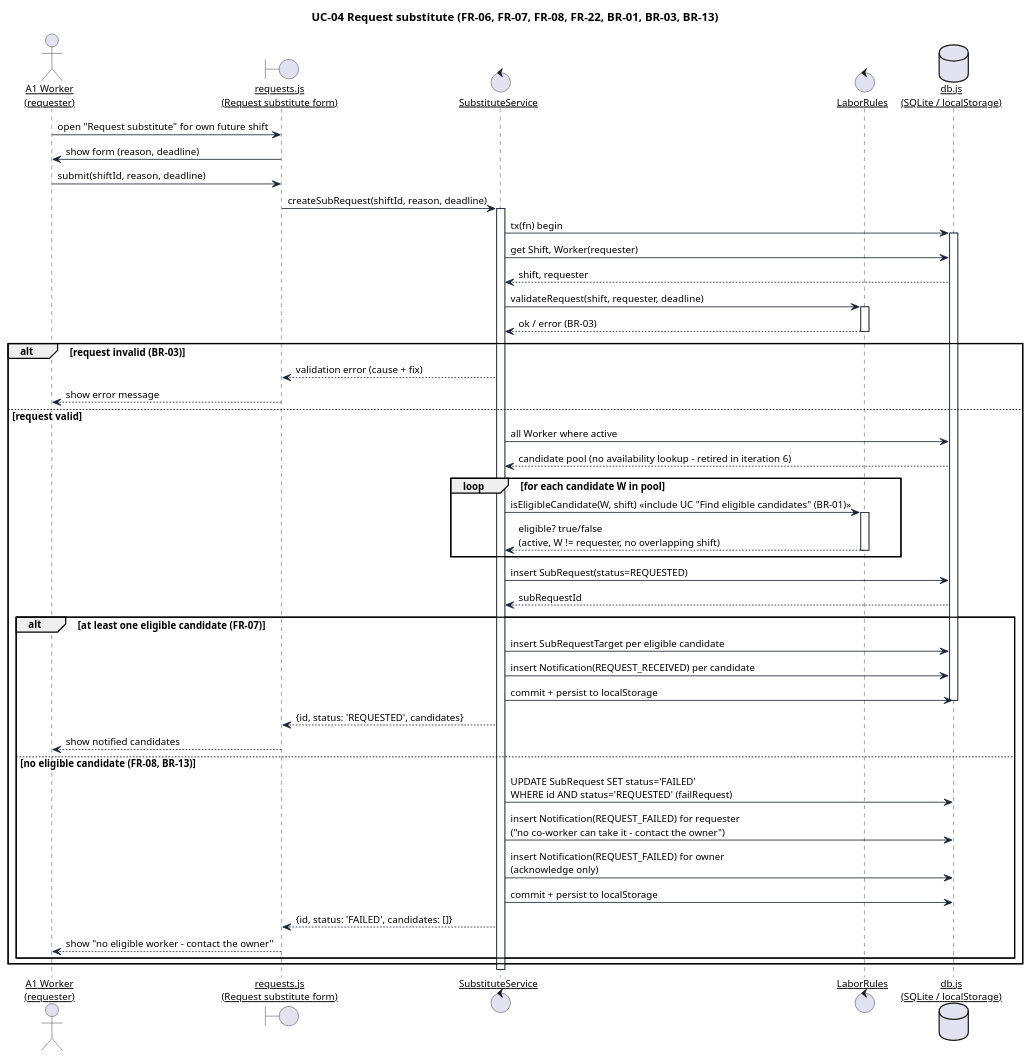
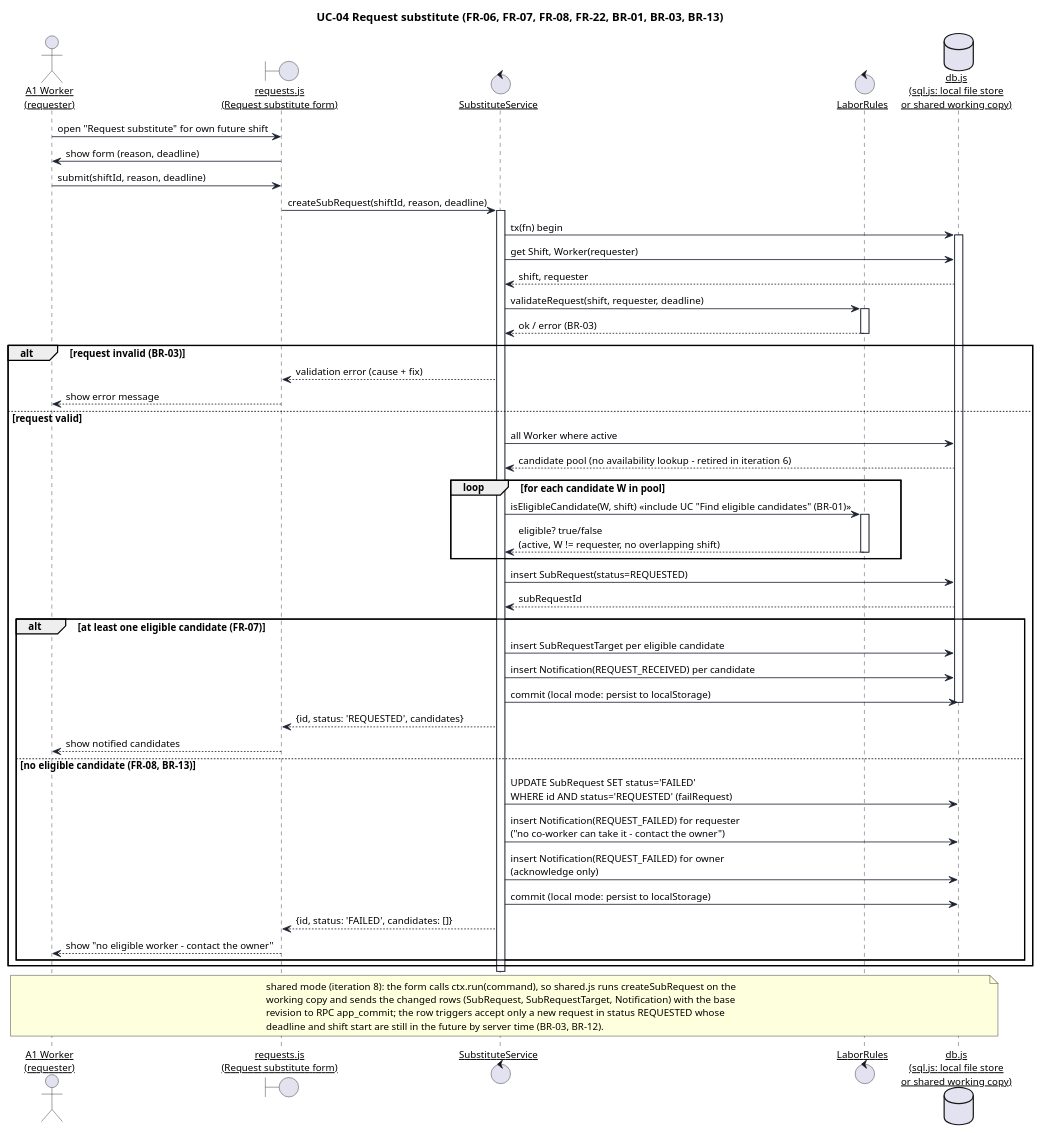
The diagram in uml/src/seq-1-request.puml (keemlogan/shiftswap), drawn with PlantUML before and after one commit. The commit also changed 64 other files, not shown here.

First line of the commit message:
UML and screenshots for iteration 8; S10 check of the BR-15 warning

```diff
--- a/uml/src/seq-1-request.puml
+++ b/uml/src/seq-1-request.puml
@@ -1,77 +1,84 @@
 @startuml seq-1-request
 skinparam defaultFontName "Helvetica"
 skinparam defaultFontSize 12
 skinparam shadowing false
 skinparam backgroundColor #FFFFFF
 skinparam sequenceArrowThickness 1
 skinparam sequenceParticipant underline
 skinparam participant {
   BackgroundColor #FFFFFF
   BorderColor #1C2230
 }
 skinparam sequence {
   LifeLineBorderColor #1C2230
   ArrowColor #1C2230
   BoxBorderColor #1C2230
 }
 
 title UC-04 Request substitute (FR-06, FR-07, FR-08, FR-22, BR-01, BR-03, BR-13)
 
 actor "A1 Worker\n(requester)" as Worker
 boundary "requests.js\n(Request substitute form)" as UI
 control "SubstituteService" as Svc
 control "LaborRules" as Rules
-database "db.js\n(SQLite / localStorage)" as DB
+database "db.js\n(sql.js: local file store\nor shared working copy)" as DB
 
 Worker -> UI : open "Request substitute" for own future shift
 UI -> Worker : show form (reason, deadline)
 Worker -> UI : submit(shiftId, reason, deadline)
 UI -> Svc : createSubRequest(shiftId, reason, deadline)
 
 activate Svc
 Svc -> DB : tx(fn) begin
 activate DB
 Svc -> DB : get Shift, Worker(requester)
 DB --> Svc : shift, requester
 
 Svc -> Rules : validateRequest(shift, requester, deadline)
 activate Rules
 Rules --> Svc : ok / error (BR-03)
 deactivate Rules
 
 alt request invalid (BR-03)
   Svc --> UI : validation error (cause + fix)
   UI --> Worker : show error message
 else request valid
   Svc -> DB : all Worker where active
   DB --> Svc : candidate pool (no availability lookup - retired in iteration 6)
 
   loop for each candidate W in pool
     Svc -> Rules : isEligibleCandidate(W, shift) <<include UC "Find eligible candidates" (BR-01)>>
     activate Rules
     Rules --> Svc : eligible? true/false\n(active, W != requester, no overlapping shift)
     deactivate Rules
   end
 
   Svc -> DB : insert SubRequest(status=REQUESTED)
   DB --> Svc : subRequestId
 
   alt at least one eligible candidate (FR-07)
     Svc -> DB : insert SubRequestTarget per eligible candidate
     Svc -> DB : insert Notification(REQUEST_RECEIVED) per candidate
-    Svc -> DB : commit + persist to localStorage
+    Svc -> DB : commit (local mode: persist to localStorage)
     deactivate DB
     Svc --> UI : {id, status: 'REQUESTED', candidates}
     UI --> Worker : show notified candidates
   else no eligible candidate (FR-08, BR-13)
     Svc -> DB : UPDATE SubRequest SET status='FAILED'\nWHERE id AND status='REQUESTED' (failRequest)
     Svc -> DB : insert Notification(REQUEST_FAILED) for requester\n("no co-worker can take it - contact the owner")
     Svc -> DB : insert Notification(REQUEST_FAILED) for owner\n(acknowledge only)
-    Svc -> DB : commit + persist to localStorage
+    Svc -> DB : commit (local mode: persist to localStorage)
     deactivate DB
     Svc --> UI : {id, status: 'FAILED', candidates: []}
     UI --> Worker : show "no eligible worker - contact the owner"
   end
 end
 deactivate Svc
+
+note over Worker, DB
+  shared mode (iteration 8): the form calls ctx.run(command), so shared.js runs createSubRequest on the
+  working copy and sends the changed rows (SubRequest, SubRequestTarget, Notification) with the base
+  revision to RPC app_commit; the row triggers accept only a new request in status REQUESTED whose
+  deadline and shift start are still in the future by server time (BR-03, BR-12).
+end note
 @enduml
```
